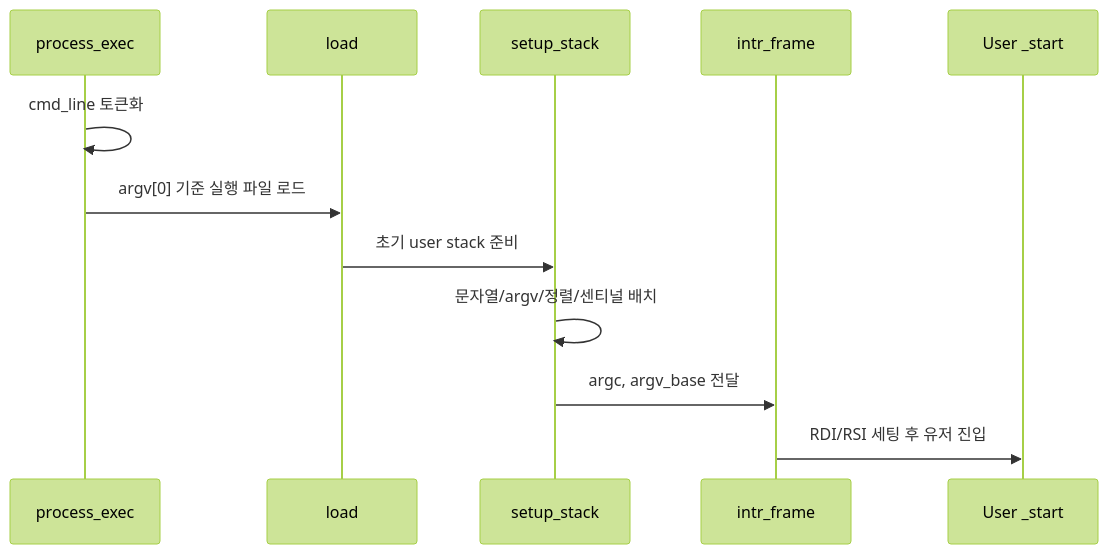
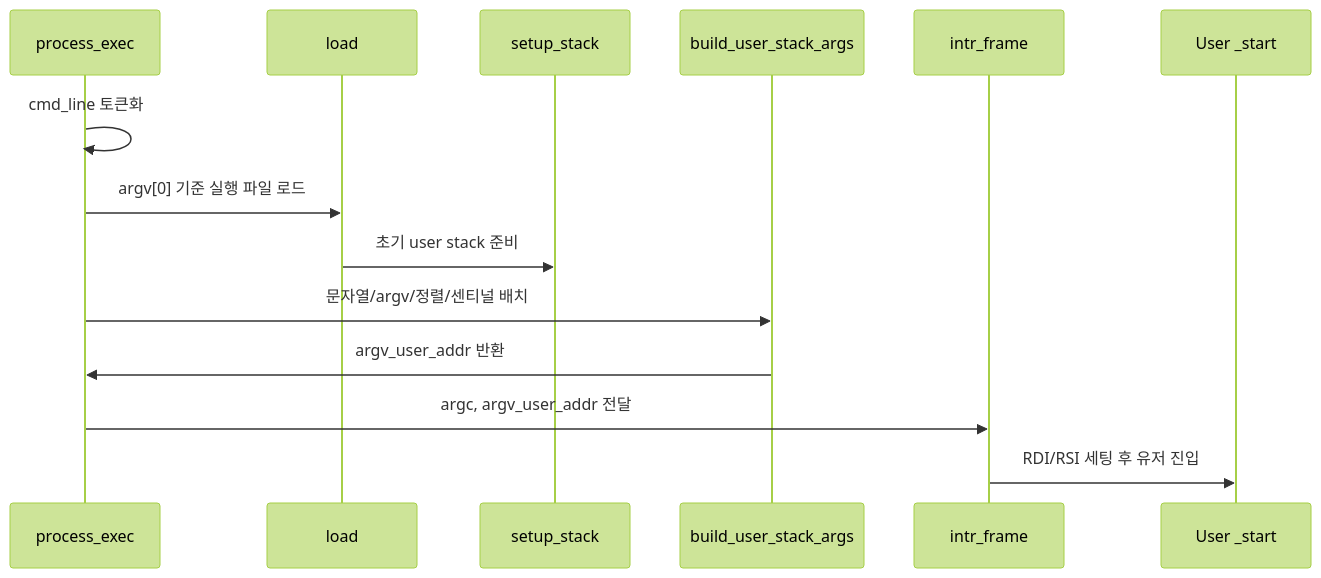
The diagram in pintos/doc/taejung_files/2. week2/study/2. test-notes/argument_passing/1. feature/01-feature-overview-argument-flow.md (tail1887/PINTOS-VM), drawn with Mermaid (forest theme) before and after one commit. The commit also changed other lines of this file and 3 other files, not shown here.

````diff
--- a/pintos/doc/taejung_files/2. week2/study/2. test-notes/argument_passing/1. feature/01-feature-overview-argument-flow.md
+++ b/pintos/doc/taejung_files/2. week2/study/2. test-notes/argument_passing/1. feature/01-feature-overview-argument-flow.md
@@ -30,15 +30,17 @@
 ```mermaid
 sequenceDiagram
   participant P as process_exec
   participant L as load
   participant S as setup_stack
+  participant B as build_user_stack_args
   participant IF as intr_frame
   participant U as User _start
 
   P->>P: cmd_line 토큰화
   P->>L: argv[0] 기준 실행 파일 로드
   L->>S: 초기 user stack 준비
-  S->>S: 문자열/argv/정렬/센티널 배치
-  S->>IF: argc, argv_base 전달
+  P->>B: 문자열/argv/정렬/센티널 배치
+  B->>P: argv_user_addr 반환
+  P->>IF: argc, argv_user_addr 전달
   IF->>U: RDI/RSI 세팅 후 유저 진입
 ```
````
